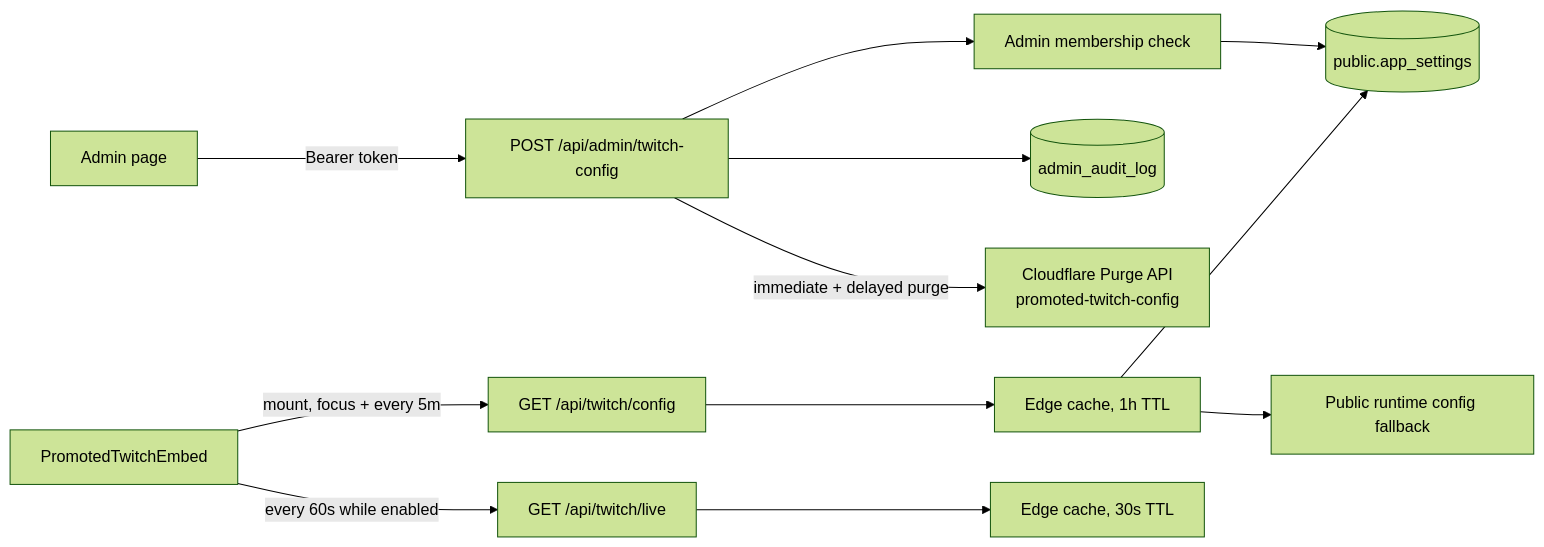
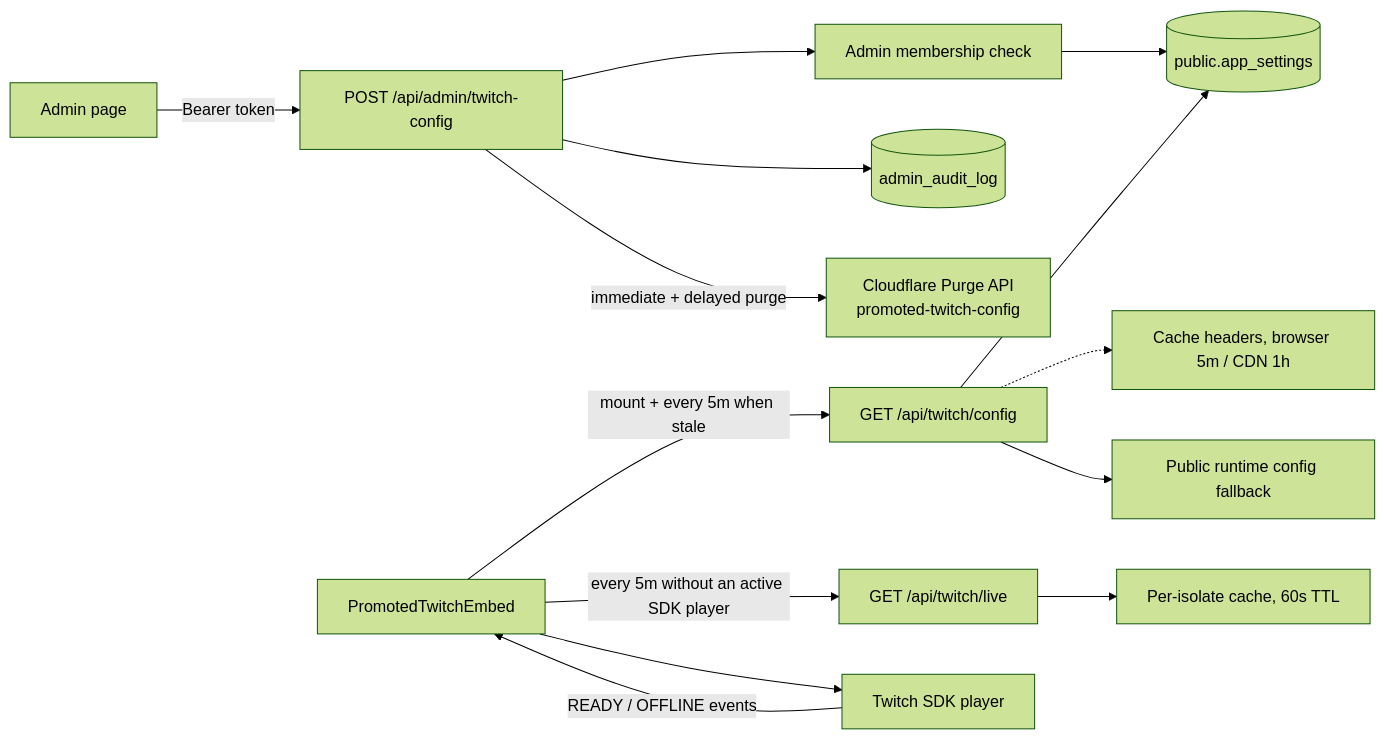
The diagram in docs/systems/frontend.md (tarkovtracker-org/TarkovTracker), drawn with Mermaid (forest theme) before and after one commit. The commit also changed other lines of this file and 9 other files, not shown here.

Commit message:
fix(twitch): eliminate unnecessary embed polling (#1194)

````diff
--- a/docs/systems/frontend.md
+++ b/docs/systems/frontend.md
@@ -32,14 +33,16 @@
 ```mermaid
 flowchart LR
     Admin[Admin page] -->|Bearer token| Write[POST /api/admin/twitch-config]
     Write --> Gate[Admin membership check]
     Gate --> Settings[(public.app_settings)]
     Write --> Audit[(admin_audit_log)]
     Write -->|immediate + delayed purge| Purge[Cloudflare Purge API<br/>promoted-twitch-config]
-    Embed[PromotedTwitchEmbed] -->|mount, focus + every 5m| Read[GET /api/twitch/config]
-    Read --> Edge[Edge cache, 1h TTL]
-    Edge --> Settings
-    Edge --> Fallback[Public runtime config fallback]
-    Embed -->|every 60s while enabled| Live[GET /api/twitch/live]
-    Live --> LiveEdge[Edge cache, 30s TTL]
+    Embed[PromotedTwitchEmbed] -->|mount + every 5m when stale| Read[GET /api/twitch/config]
+    Read -.-> Headers[Cache headers, browser 5m / CDN 1h]
+    Read --> Settings
+    Read --> Fallback[Public runtime config fallback]
+    Embed -->|every 5m without an active SDK player| Live[GET /api/twitch/live]
+    Live --> LiveEdge[Per-isolate cache, 60s TTL]
+    Embed --> Player[Twitch SDK player]
+    Player -->|READY / OFFLINE events| Embed
 ```
````
